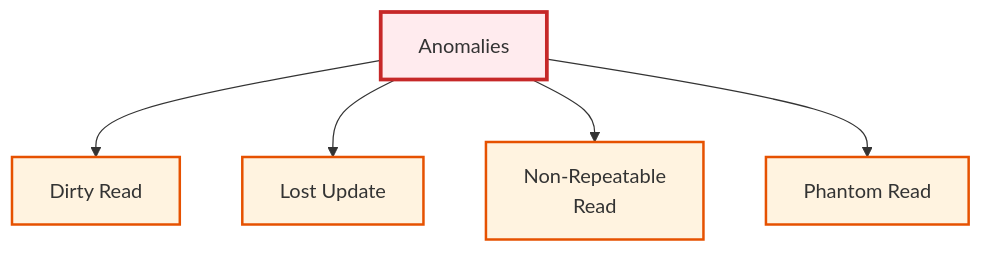
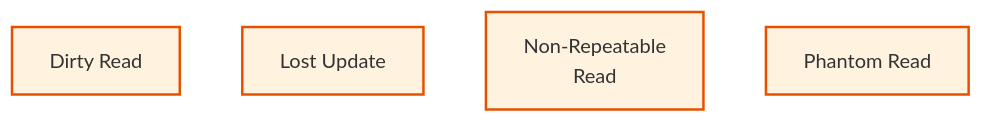
The ninth of 9 diagrams in lecture-outlines/day35-transactions-acid/slides.md (ufdatastudio/cop5725fa26), drawn with Mermaid before and after one commit. The commit also changed other lines of this file and 50 other files, not shown here.

````diff
--- a/lecture-outlines/day35-transactions-acid/slides.md
+++ b/lecture-outlines/day35-transactions-acid/slides.md
@@ -454,12 +461,9 @@
 ```mermaid
 graph TB
-  A["Anomalies"]
-  A --> D["Dirty Read"]
-  A --> L["Lost Update"]
-  A --> N["Non-Repeatable<br/>Read"]
-  A --> P["Phantom Read"]
-  classDef root fill:#ffebee,stroke:#c62828,stroke-width:3px
+  D["Dirty Read"]
+  L["Lost Update"]
+  N["Non-Repeatable<br/>Read"]
+  P["Phantom Read"]
   classDef a fill:#fff3e0,stroke:#e65100,stroke-width:2px
-  class A root
   class D,L,N,P a
 ```
````
